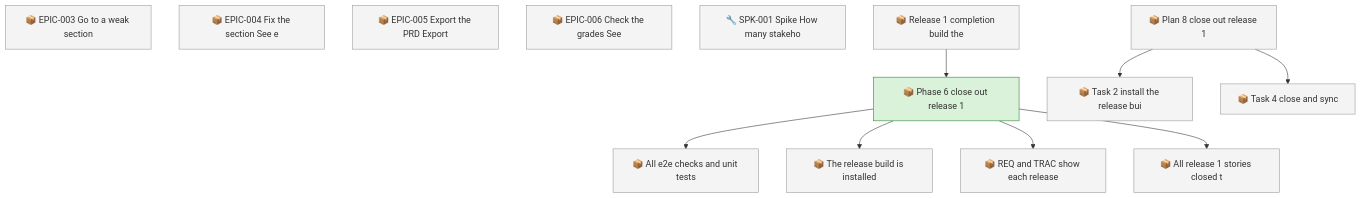
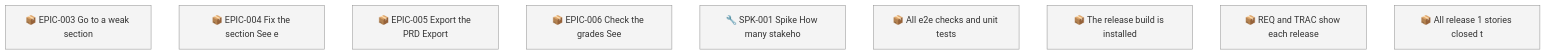
One commit to SpillwaveSolutions/prd-forge-viewer changed the first of 2 diagrams in docs/roadmap.md. Above: the diagram before and after it, drawn with Mermaid. The commit also changed other lines of this file and 27 other files, not shown here.

First line of the commit message:
worklog: close release 1

````diff
--- a/docs/roadmap.md
+++ b/docs/roadmap.md
@@ -77,28 +64,14 @@
 ```mermaid
 graph TD
     01M61XNJQPA0F7H1BG56ERNJ3P["📦 EPIC-003 Go to a weak section"]
     01M61XNK50616FWM0WZ4FGWGEB["📦 EPIC-004 Fix the section See e"]
     01M61XNK9MPMV0RAEKPX0JC3K4["📦 EPIC-005 Export the PRD Export"]
     01M61XNM7GHPSJ1B96BCHA59ZE["📦 EPIC-006 Check the grades See"]
     01M61XNM9NY7F4D4V7400J56X9["🔧 SPK-001 Spike How many stakeho"]
-    01M62C7RE2CW1HN12H2T82VJ6C["📦 Release 1 completion build the"]
-    01M62C7REGCD2R415FMWFCZMV6["📦 Phase 6 close out release 1"]
     01M62C7REGCD2R415FMWFCZMV8["📦 All e2e checks and unit tests"]
     01M62C7REGCD2R415FMWFCZMVA["📦 The release build is installed"]
     01M62C7REHN9N2P8Z19K0EPA0F["📦 REQ and TRAC show each release"]
     01M62C7REHN9N2P8Z19K0EPA0H["📦 All release 1 stories closed t"]
-    01M64C02ZSD81X83JWRWQDVYCH["📦 Plan 8 close out release 1"]
-    01M64C03048SWRXRJ3A59AD9W2["📦 Task 2 install the release bui"]
-    01M64C03048SWRXRJ3A59AD9W6["📦 Task 4 close and sync"]
-    01M62C7RE2CW1HN12H2T82VJ6C --> 01M62C7REGCD2R415FMWFCZMV6
-    01M62C7REGCD2R415FMWFCZMV6 --> 01M62C7REGCD2R415FMWFCZMV8
-    01M62C7REGCD2R415FMWFCZMV6 --> 01M62C7REGCD2R415FMWFCZMVA
-    01M62C7REGCD2R415FMWFCZMV6 --> 01M62C7REHN9N2P8Z19K0EPA0F
-    01M62C7REGCD2R415FMWFCZMV6 --> 01M62C7REHN9N2P8Z19K0EPA0H
-    01M64C02ZSD81X83JWRWQDVYCH --> 01M64C03048SWRXRJ3A59AD9W2
-    01M64C02ZSD81X83JWRWQDVYCH --> 01M64C03048SWRXRJ3A59AD9W6
     classDef todo fill:#f4f4f4,stroke:#999999
-    class 01M61XNJQPA0F7H1BG56ERNJ3P,01M61XNK50616FWM0WZ4FGWGEB,01M61XNK9MPMV0RAEKPX0JC3K4,01M61XNM7GHPSJ1B96BCHA59ZE,01M61XNM9NY7F4D4V7400J56X9,01M62C7RE2CW1HN12H2T82VJ6C,01M62C7REGCD2R415FMWFCZMV8,01M62C7REGCD2R415FMWFCZMVA,01M62C7REHN9N2P8Z19K0EPA0F,01M62C7REHN9N2P8Z19K0EPA0H,01M64C02ZSD81X83JWRWQDVYCH,01M64C03048SWRXRJ3A59AD9W2,01M64C03048SWRXRJ3A59AD9W6 todo
-    classDef in_progress fill:#d9f2d9,stroke:#2e7d32
-    class 01M62C7REGCD2R415FMWFCZMV6 in_progress
+    class 01M61XNJQPA0F7H1BG56ERNJ3P,01M61XNK50616FWM0WZ4FGWGEB,01M61XNK9MPMV0RAEKPX0JC3K4,01M61XNM7GHPSJ1B96BCHA59ZE,01M61XNM9NY7F4D4V7400J56X9,01M62C7REGCD2R415FMWFCZMV8,01M62C7REGCD2R415FMWFCZMVA,01M62C7REHN9N2P8Z19K0EPA0F,01M62C7REHN9N2P8Z19K0EPA0H todo
 ```
````
